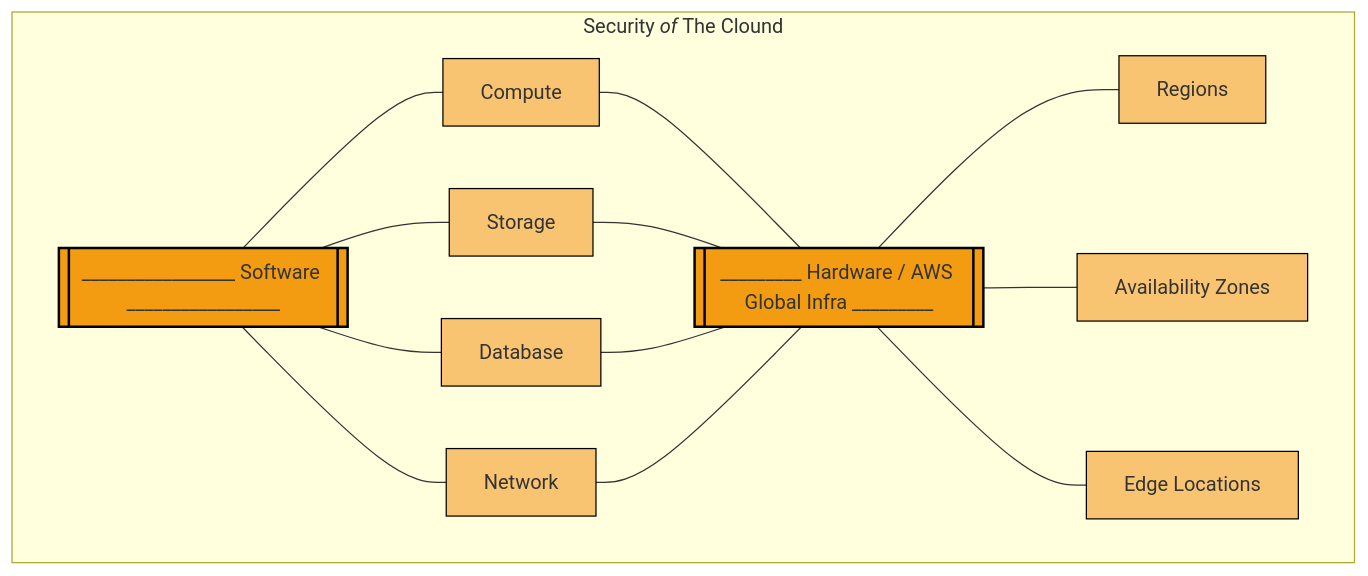
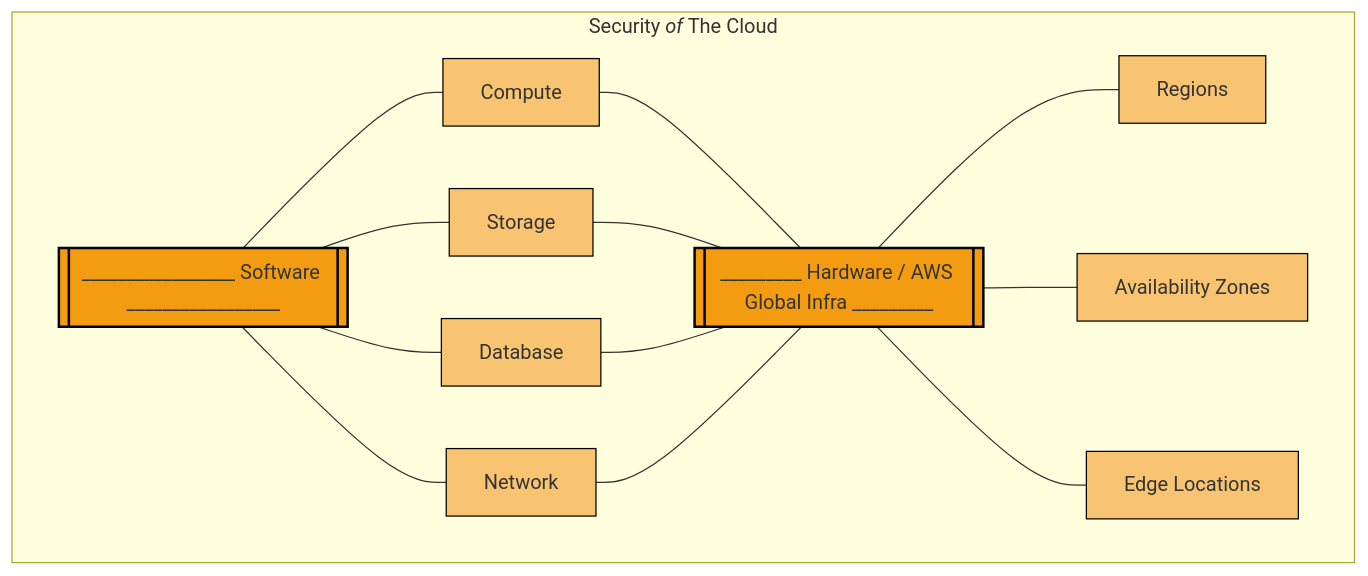
One commit to NimaSaed/AWS-Security changed the first of 2 diagrams in AWS/m01_Security_on_AWS/AWS_Shared_Responsibility_Model.md. Above: the diagram before and after it, drawn with Mermaid. The commit also changed other lines of this file and 9 other files, not shown here.

````diff
--- a/AWS/m01_Security_on_AWS/AWS_Shared_Responsibility_Model.md
+++ b/AWS/m01_Security_on_AWS/AWS_Shared_Responsibility_Model.md
@@ -14,36 +19,36 @@
 ```mermaid
 
 graph TD
 
-  subgraph "Security <i>of</i> The Clound <br/>"
+  subgraph "Security <i>of</i> The Cloud <br/>"
 
   B[[_________________ Software _________________]]
 
   B --- C[Compute]
   B --- D[Storage]
   B --- E[Database]
   B --- F[Network]
 
 
   C --- K[[_________ Hardware / AWS Global Infra _________ ]]
   D --- K
   E --- K
   F --- K
 
   K --- L[Regions]
   K --- M[Availability Zones]
   K --- N[Edge Locations]
 
   end
 
   style B fill:#F39C12,stroke:#000000,stroke-width:2px
   style K fill:#F39C12,stroke:#000000,stroke-width:2px
   style C fill:#F8C471,stroke:#000000,stroke-width:1px
   style D fill:#F8C471,stroke:#000000,stroke-width:1px
   style E fill:#F8C471,stroke:#000000,stroke-width:1px
   style F fill:#F8C471,stroke:#000000,stroke-width:1px
   style L fill:#F8C471,stroke:#000000,stroke-width:1px
   style M fill:#F8C471,stroke:#000000,stroke-width:1px
   style N fill:#F8C471,stroke:#000000,stroke-width:1px
 
 ```
````
